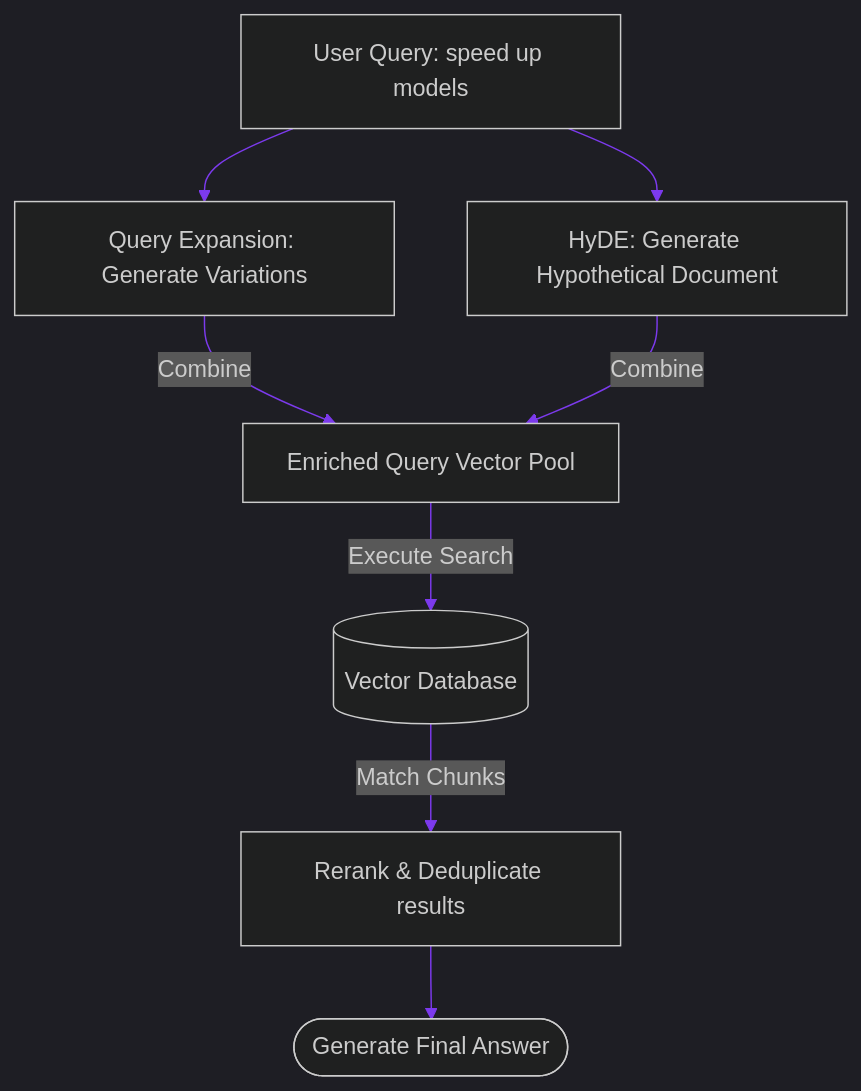
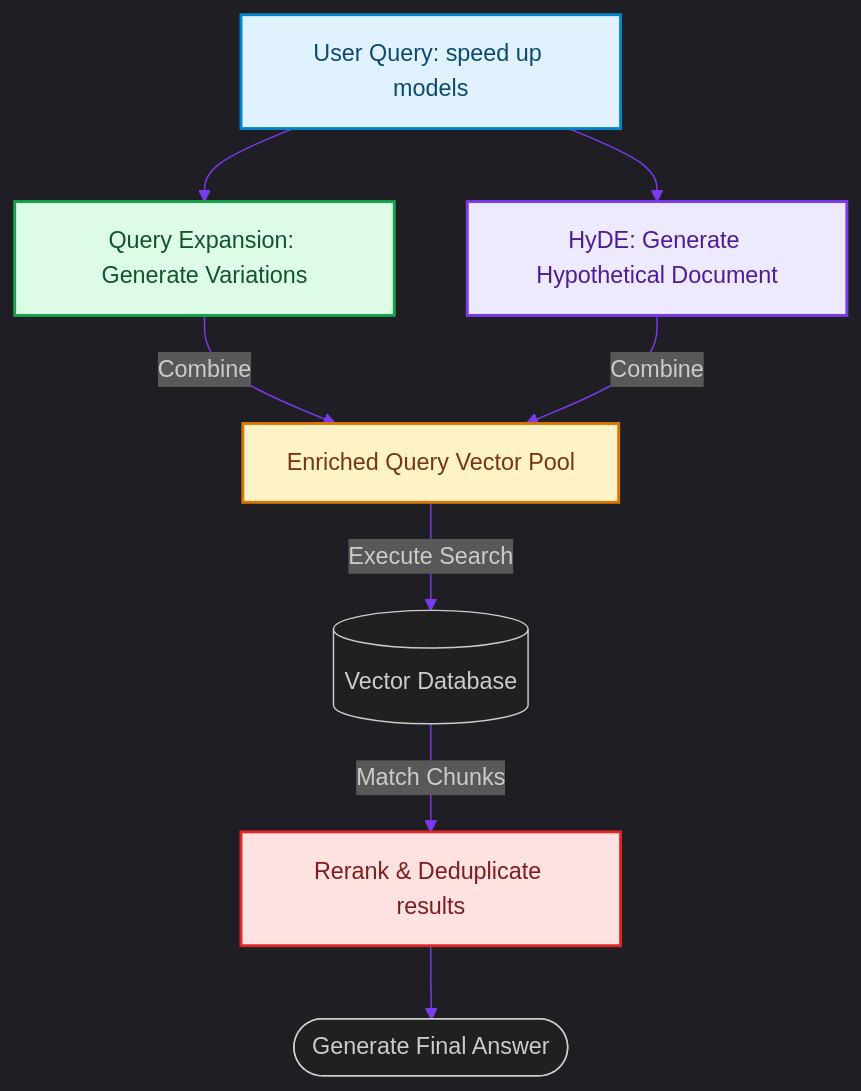
The diagram in blog/posts/rag-query-expansion-hyde-search-recall.md (akmalkhaniub/akmalkhaniub.github.io), drawn with Mermaid before and after one commit. The commit also changed other lines of this file and 1291 other files, not shown here.

First line of the commit message:
feat(catalog): unique covers, scholarly references, and diagram palettes

````diff
--- a/blog/posts/rag-query-expansion-hyde-search-recall.md
+++ b/blog/posts/rag-query-expansion-hyde-search-recall.md
@@ -16,13 +16,24 @@
 ```mermaid
 %%{init: {'theme': 'dark', 'themeVariables': { 'primaryColor': '#7c3aed', 'primaryTextColor': '#f3f4f6', 'primaryBorderColor': '#a78bfa', 'lineColor': '#7c3aed', 'secondaryColor': '#111827', 'tertiaryColor': '#0b0f19'}}}%%
 flowchart TD
-    UserQuery[User Query: speed up models] --> Expand[Query Expansion: Generate Variations]
-    UserQuery --> HyDEGen[HyDE: Generate Hypothetical Document]
+    UserQuery["User Query: speed up models"] --> Expand["Query Expansion: Generate Variations"]
+    UserQuery --> HyDEGen["HyDE: Generate Hypothetical Document"]
     
-    Expand -->|Combine| SearchPool[Enriched Query Vector Pool]
+    Expand -->|Combine| SearchPool["Enriched Query Vector Pool"]
     HyDEGen -->|Combine| SearchPool
     
     SearchPool -->|Execute Search| VectorDB[(Vector Database)]
-    VectorDB -->|Match Chunks| Rerank[Rerank & Deduplicate results]
+    VectorDB -->|Match Chunks| Rerank["Rerank & Deduplicate results"]
     Rerank --> LLM([Generate Final Answer])
+
+classDef green fill:#dcfce7,stroke:#16a34a,stroke-width:2px,color:#14532d;
+classDef red fill:#fee2e2,stroke:#dc2626,stroke-width:2px,color:#7f1d1d;
+classDef blue fill:#e0f2fe,stroke:#0284c7,stroke-width:2px,color:#0c4a6e;
+classDef yellow fill:#fef3c7,stroke:#d97706,stroke-width:2px,color:#78350f;
+classDef purple fill:#ede9fe,stroke:#7c3aed,stroke-width:2px,color:#4c1d95;
+class UserQuery blue
+class Expand green
+class HyDEGen purple
+class SearchPool yellow
+class Rerank red
 ```
````
